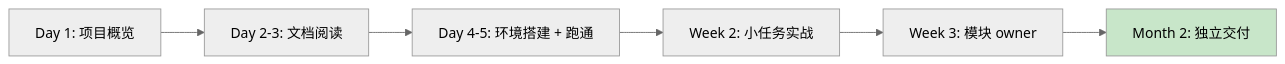
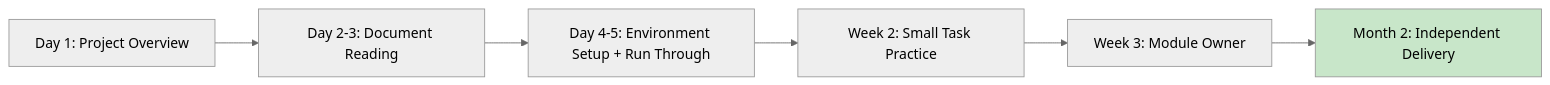
Before and after one commit to Kirky-X/cangjie: the second of 2 diagrams in templates/产品/退役层/【模板】知识沉淀.md, drawn with Mermaid (neutral theme). The commit also changed other lines of this file and 12 other files, not shown here.

````diff
--- a/templates/产品/退役层/【模板】知识沉淀.md
+++ b/templates/产品/退役层/【模板】知识沉淀.md
@@ -391,9 +391,9 @@
 ```mermaid
 flowchart LR
-    A[Day 1: 项目概览] --> B[Day 2-3: 文档阅读]
-    B --> C[Day 4-5: 环境搭建 + 跑通]
-    C --> D[Week 2: 小任务实战]
-    D --> E[Week 3: 模块 owner]
-    E --> F[Month 2: 独立交付]
+    A[Day 1: Project Overview] --> B[Day 2-3: Document Reading]
+    B --> C[Day 4-5: Environment Setup + Run Through]
+    C --> D[Week 2: Small Task Practice]
+    D --> E[Week 3: Module Owner]
+    E --> F[Month 2: Independent Delivery]
     style F fill:#c8e6c9
 ```
````
